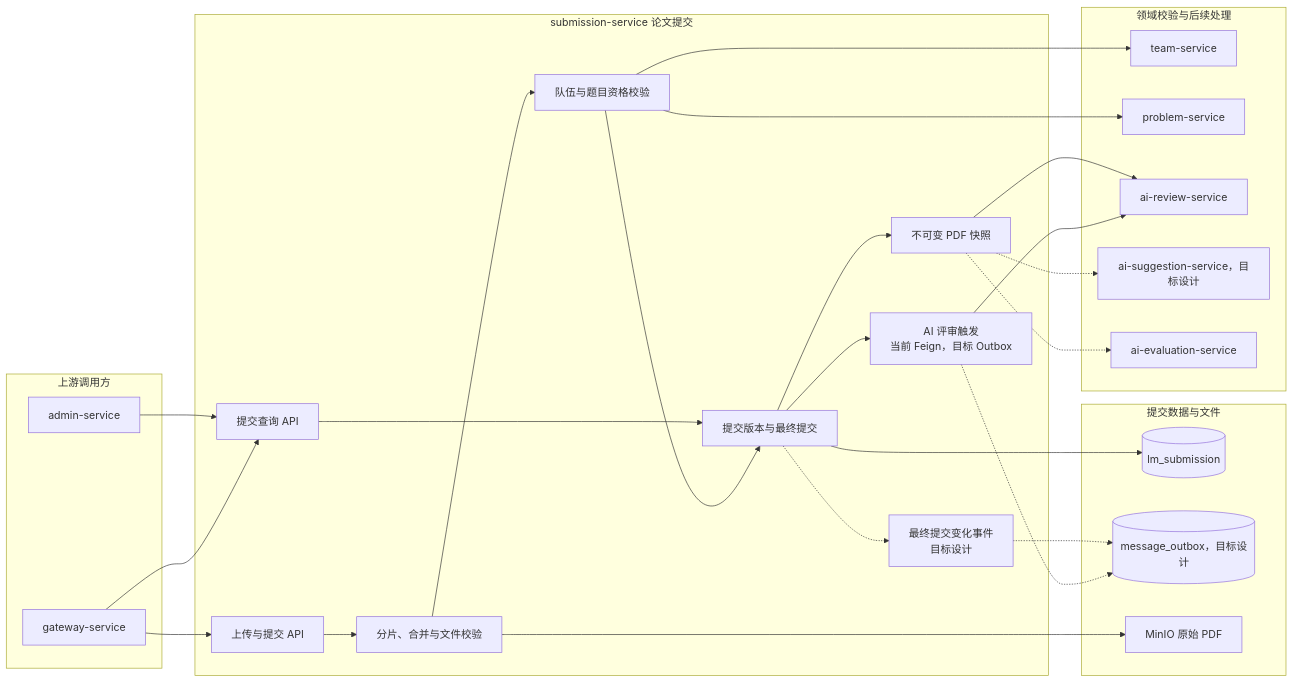
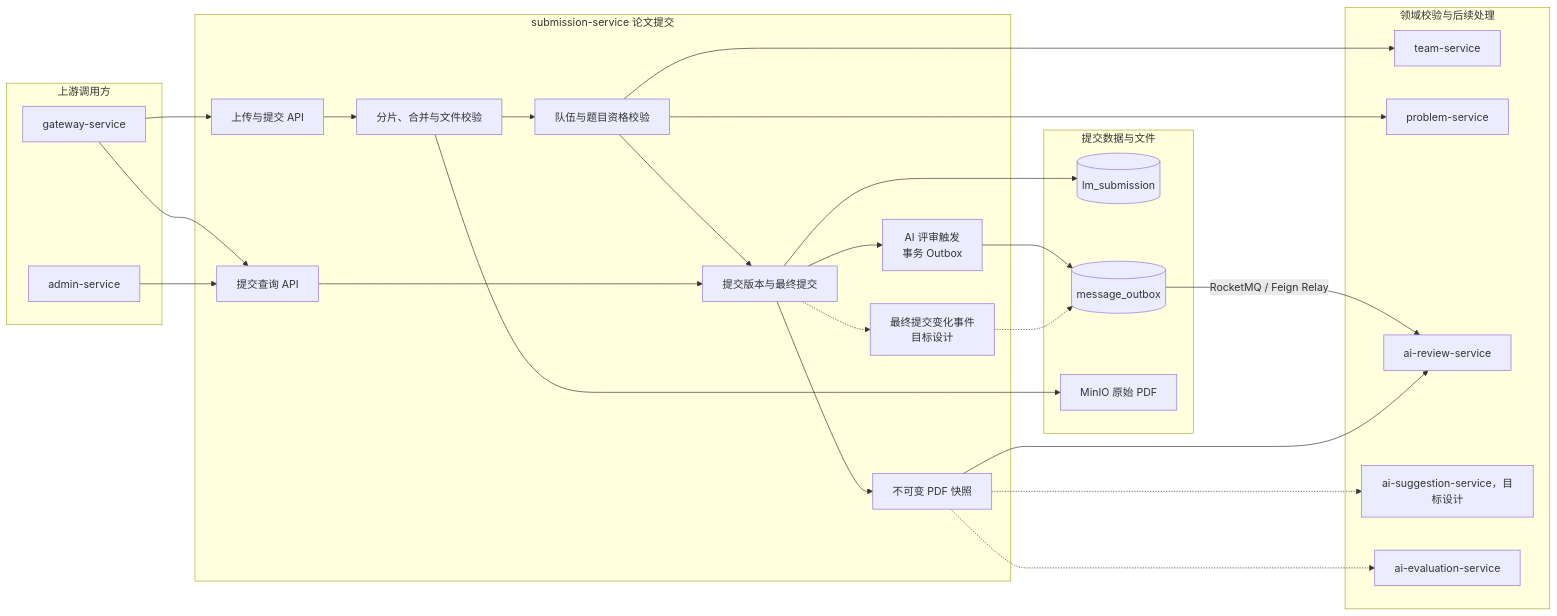
One commit to Dorian7Alden/LeetModel changed the diagram in docs/project/03-微服务设计/submission-service/README.md. Above: the diagram before and after it, drawn with Mermaid. The commit also changed other lines of this file and 3 other files, not shown here.

````diff
--- a/docs/project/03-微服务设计/submission-service/README.md
+++ b/docs/project/03-微服务设计/submission-service/README.md
@@ -9,54 +9,54 @@
 ```mermaid
 flowchart LR
     subgraph callers["上游调用方"]
         apiGateway["gateway-service"]
         adminService["admin-service"]
     end
 
     subgraph submission["submission-service 论文提交"]
         submitApi["上传与提交 API"]
         queryApi["提交查询 API"]
         uploadTask["分片、合并与文件校验"]
         eligibility["队伍与题目资格校验"]
         versionRecord["提交版本与最终提交"]
         snapshotApi["不可变 PDF 快照"]
-        reviewTrigger["AI 评审触发<br/>当前 Feign，目标 Outbox"]
+        reviewTrigger["AI 评审触发<br/>事务 Outbox"]
         finalEvent["最终提交变化事件<br/>目标设计"]
 
         submitApi --> uploadTask
         uploadTask --> eligibility
         eligibility --> versionRecord
         versionRecord --> snapshotApi
         versionRecord --> reviewTrigger
         versionRecord -.-> finalEvent
         queryApi --> versionRecord
     end
 
     subgraph dependencies["领域校验与后续处理"]
         teamService["team-service"]
         problemService["problem-service"]
         reviewService["ai-review-service"]
         suggestionService["ai-suggestion-service，目标设计"]
         evaluationService["ai-evaluation-service"]
     end
 
     subgraph data["提交数据与文件"]
         submissionDatabase[(lm_submission)]
-        messageOutbox[(message_outbox，目标设计)]
+        messageOutbox[(message_outbox)]
         minio["MinIO 原始 PDF"]
     end
 
     apiGateway --> submitApi
     apiGateway --> queryApi
     adminService --> queryApi
     eligibility --> teamService
     eligibility --> problemService
     uploadTask --> minio
     versionRecord --> submissionDatabase
-    reviewTrigger --> reviewService
-    reviewTrigger -.-> messageOutbox
+    reviewTrigger --> messageOutbox
+    messageOutbox -->|"RocketMQ / Feign Relay"| reviewService
     finalEvent -.-> messageOutbox
     snapshotApi --> reviewService
     snapshotApi -.-> suggestionService
     snapshotApi -.-> evaluationService
 ```
````
